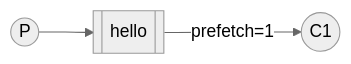
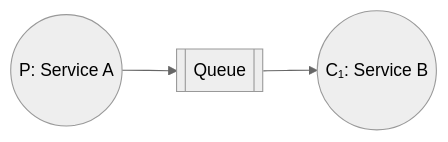
One commit to demonmhon/nodejs-microservice-event-driven changed the diagram in README.md. Above: the diagram before and after it, drawn with Mermaid (neutral theme).

Commit message:
Update README diagram

````diff
--- a/README.md
+++ b/README.md
@@ -33,10 +33,12 @@
 ```mermaid
 flowchart LR
-    P((P)) --> Q[[hello]]
-    Q -- prefetch=1 --> C1((C1))
+    P((P: Service A))
+    Q[[Queue]]
+    C1((C₁: Service B))
+
+    P --> Q --> C1
 
     class P mermaid-producer
     class Q mermaid-queue
     class C1 mermaid-consumer
-    class C2 mermaid-consumer
 ```
````
